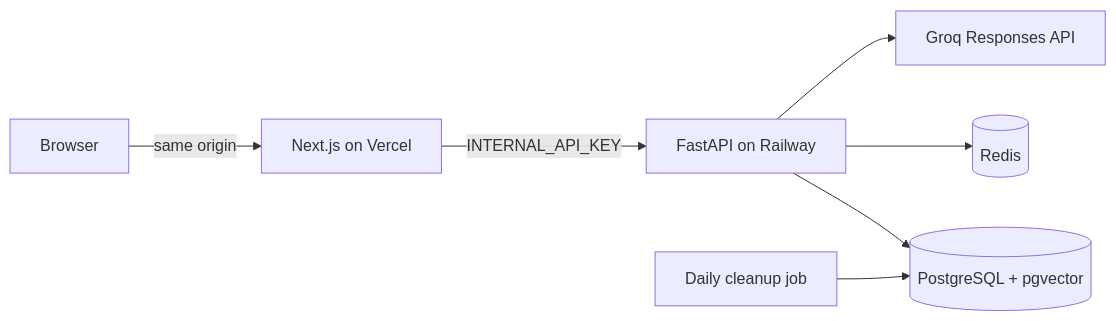
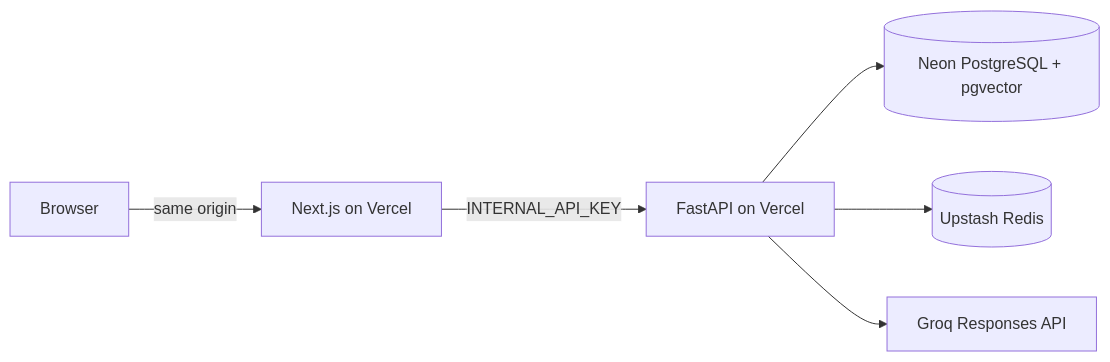
One commit to praveen202105/companion-ai-core-loop changed the diagram in docs/architecture.md. Above: the diagram before and after it, drawn with Mermaid. The commit also changed other lines of this file and 6 other files, not shown here.

````diff
--- a/docs/architecture.md
+++ b/docs/architecture.md
@@ -59,9 +59,8 @@
 ```mermaid
 flowchart LR
     U[Browser] -->|same origin| W[Next.js on Vercel]
-    W -->|INTERNAL_API_KEY| A[FastAPI on Railway]
-    A --> P[(PostgreSQL + pgvector)]
-    A --> R[(Redis)]
+    W -->|INTERNAL_API_KEY| A[FastAPI on Vercel]
+    A --> P[(Neon PostgreSQL + pgvector)]
+    A --> R[(Upstash Redis)]
     A --> X[Groq Responses API]
-    C[Daily cleanup job] --> P
 ```
````
